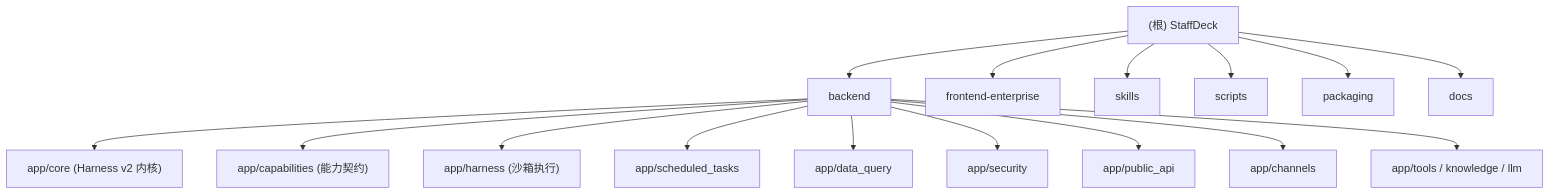
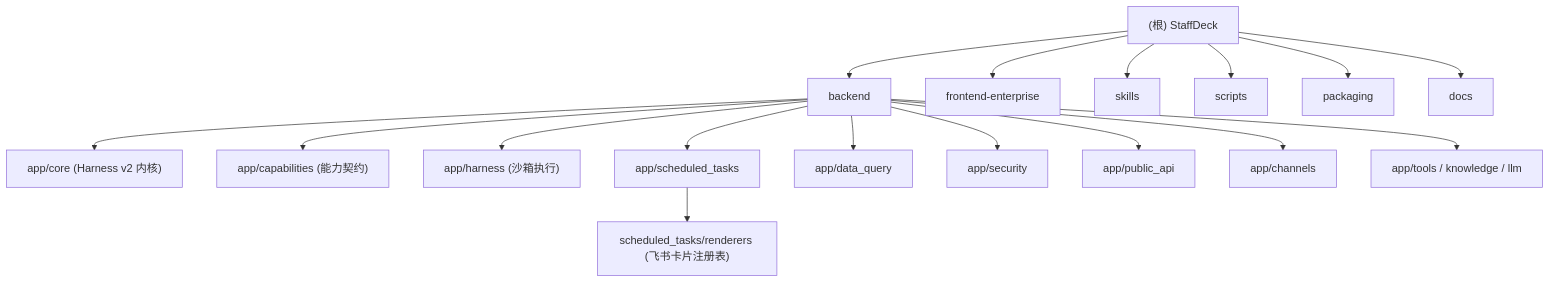
One commit to jack571754/StaffDeck changed the diagram in CLAUDE.md. Above: the diagram before and after it, drawn with Mermaid. The commit also changed other lines of this file and 4 other files, not shown here.

First line of the commit message:
docs(ai-context): register scheduled_tasks renderers package in CLAUDE.md

````diff
--- a/CLAUDE.md
+++ b/CLAUDE.md
@@ -19,30 +19,33 @@
 ```mermaid
 graph TD
     A["(根) StaffDeck"] --> B["backend"];
     A --> C["frontend-enterprise"];
     A --> D["skills"];
     A --> E["scripts"];
     A --> F["packaging"];
     A --> G["docs"];
 
     B --> B1["app/core (Harness v2 内核)"];
     B --> B2["app/capabilities (能力契约)"];
     B --> B3["app/harness (沙箱执行)"];
     B --> B4["app/scheduled_tasks"];
     B --> B5["app/data_query"];
     B --> B6["app/security"];
     B --> B7["app/public_api"];
     B --> B8["app/channels"];
     B --> B9["app/tools / knowledge / llm"];
 
+    B4 --> B4a["scheduled_tasks/renderers (飞书卡片注册表)"];
+
     click B "./backend/CLAUDE.md" "查看 backend 模块文档"
     click C "./frontend-enterprise/CLAUDE.md" "查看 frontend-enterprise 模块文档"
     click D "./skills/CLAUDE.md" "查看 skills 模块文档"
     click E "./scripts/CLAUDE.md" "查看 scripts 模块文档"
     click F "./packaging/CLAUDE.md" "查看 packaging 模块文档"
     click G "./docs/CLAUDE.md" "查看 docs 模块文档"
     click B1 "./backend/app/core/CLAUDE.md" "查看 core 模块文档"
     click B2 "./backend/app/capabilities/CLAUDE.md" "查看 capabilities 模块文档"
     click B4 "./backend/app/scheduled_tasks/CLAUDE.md" "查看 scheduled_tasks 模块文档"
+    click B4a "./backend/app/scheduled_tasks/CLAUDE.md" "查看 scheduled_tasks 模块文档"
     click B5 "./backend/app/data_query/CLAUDE.md" "查看 data_query 模块文档"
 ```
````
